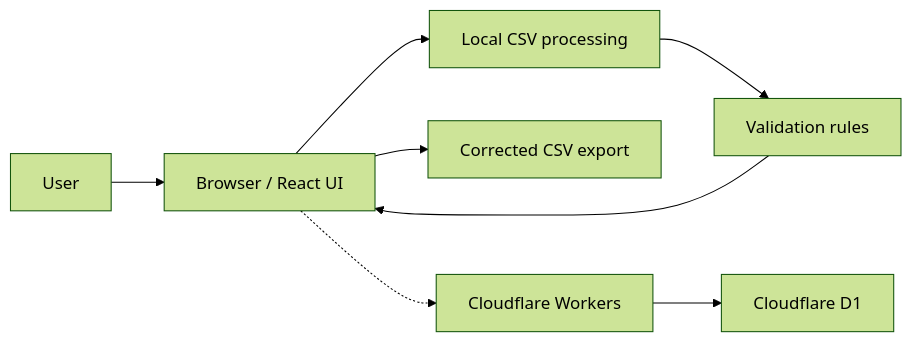
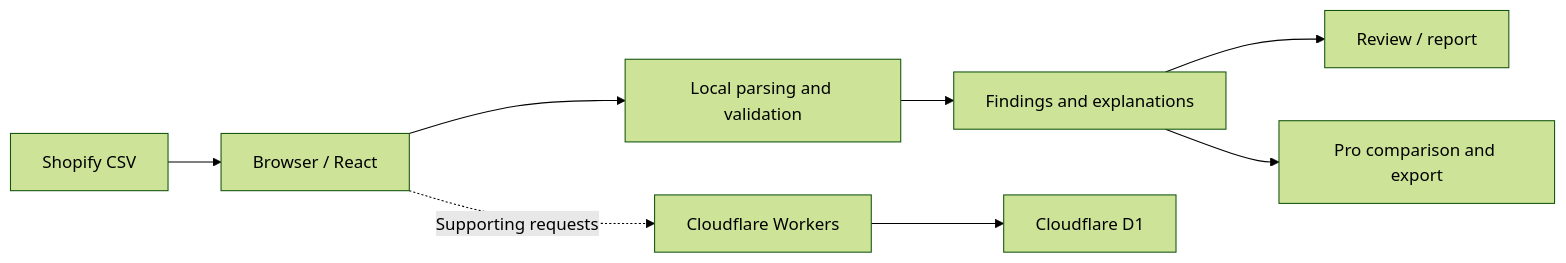
The diagram in README.md (Redaryn/catasift-showcase), drawn with Mermaid (forest theme) before and after one commit. The commit also changed other lines of this file, not shown here.

````diff
--- a/README.md
+++ b/README.md
@@ -52,10 +62,10 @@
 ```mermaid
 flowchart LR
-  A[User] --> B[Browser / React UI]
-  B --> C[Local CSV processing]
-  C --> D[Validation rules]
-  D --> B
-  B --> E[Corrected CSV export]
-  B -.-> F[Cloudflare Workers]
-  F --> G[Cloudflare D1]
+  A[Shopify CSV] --> B[Browser / React]
+  B --> C[Local parsing and validation]
+  C --> D[Findings and explanations]
+  D --> E[Review / report]
+  D --> F[Pro comparison and export]
+  B -. Supporting requests .-> G[Cloudflare Workers]
+  G --> H[Cloudflare D1]
 ```
````
